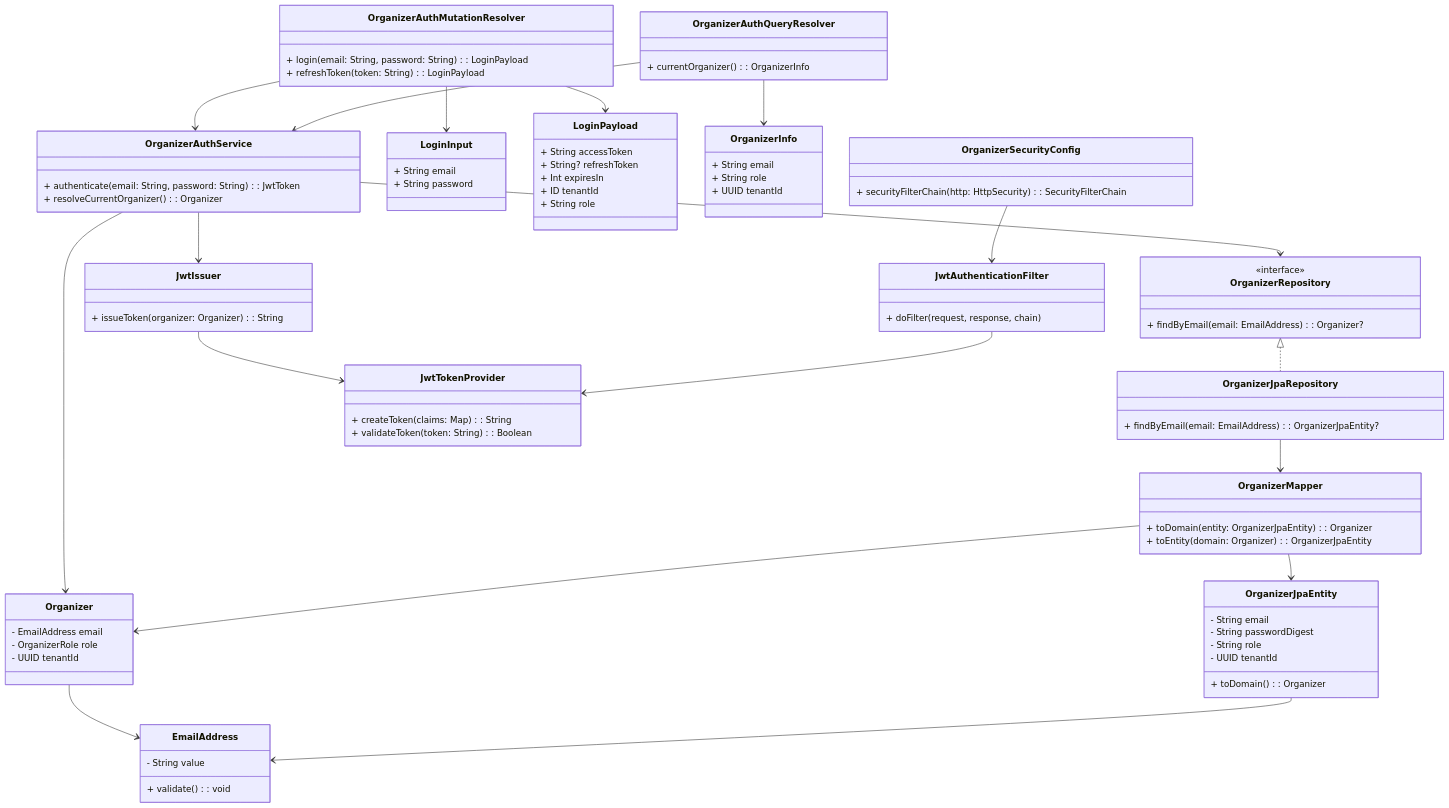
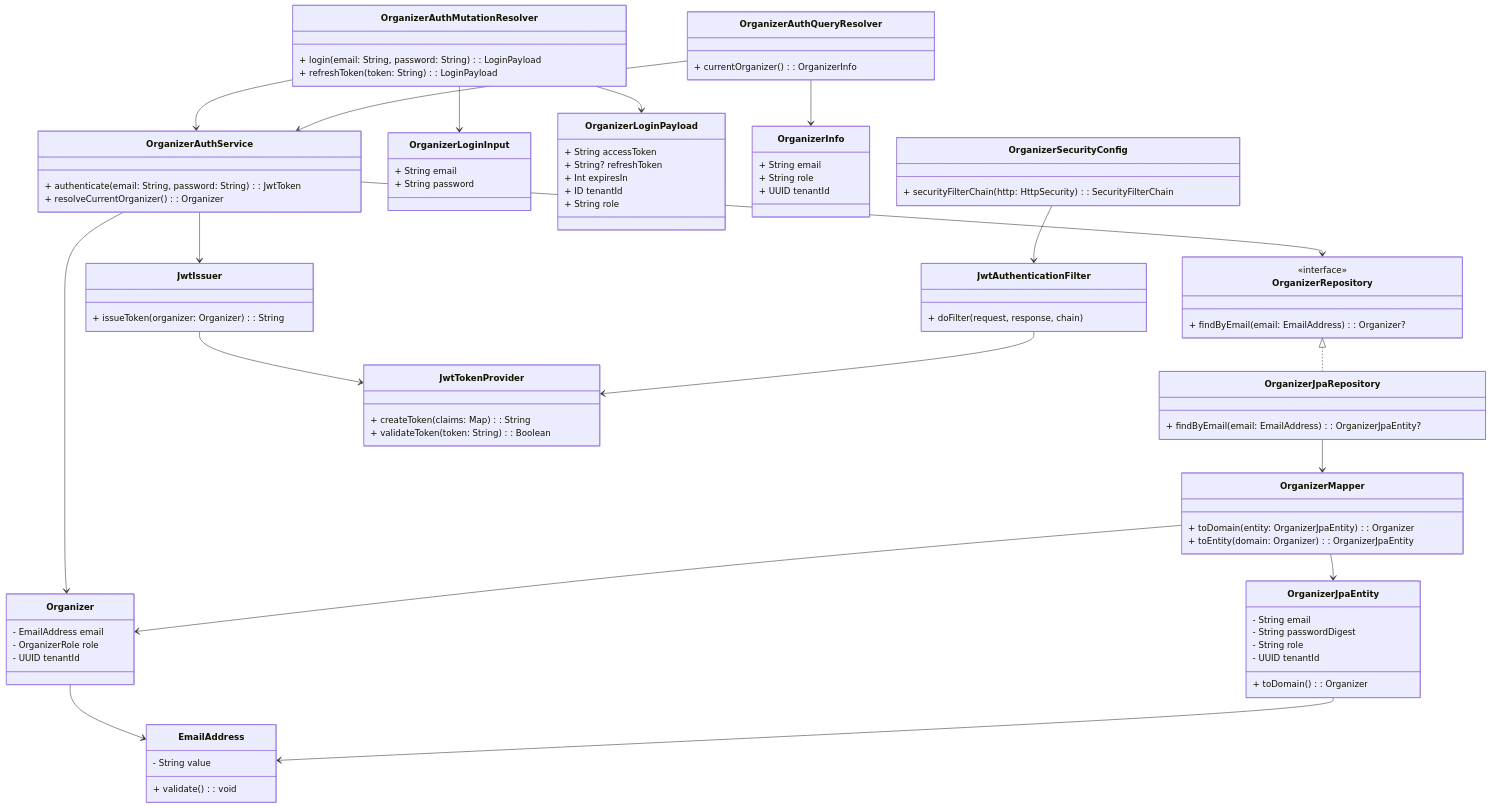
Before and after one commit to yuji91/kt-event-saas: the second of 2 diagrams in docs/03_organizer/README.md, drawn with Mermaid. The commit also changed other lines of this file and 6 other files, not shown here.

Commit message:
fix: 名前衝突しないよう OrganizerLoginInput, OrganizerLoginPayload とクラス名を変更した

```diff
--- a/docs/03_organizer/README.md
+++ b/docs/03_organizer/README.md
@@ -205,12 +205,12 @@
         + currentOrganizer(): OrganizerInfo
     }
 
-    class LoginInput {
+    class OrganizerLoginInput {
         + String email
         + String password
     }
 
-    class LoginPayload {
+    class OrganizerLoginPayload {
         + String accessToken
         + String? refreshToken
         + Int expiresIn
@@ -261,8 +261,8 @@
     OrganizerAuthService --> Organizer
     OrganizerAuthService --> JwtIssuer
     OrganizerAuthMutationResolver --> OrganizerAuthService
-    OrganizerAuthMutationResolver --> LoginInput
-    OrganizerAuthMutationResolver --> LoginPayload
+    OrganizerAuthMutationResolver --> OrganizerLoginInput
+    OrganizerAuthMutationResolver --> OrganizerLoginPayload
     OrganizerAuthQueryResolver --> OrganizerAuthService
     OrganizerAuthQueryResolver --> OrganizerInfo
     OrganizerRepository <|.. OrganizerJpaRepository
```
